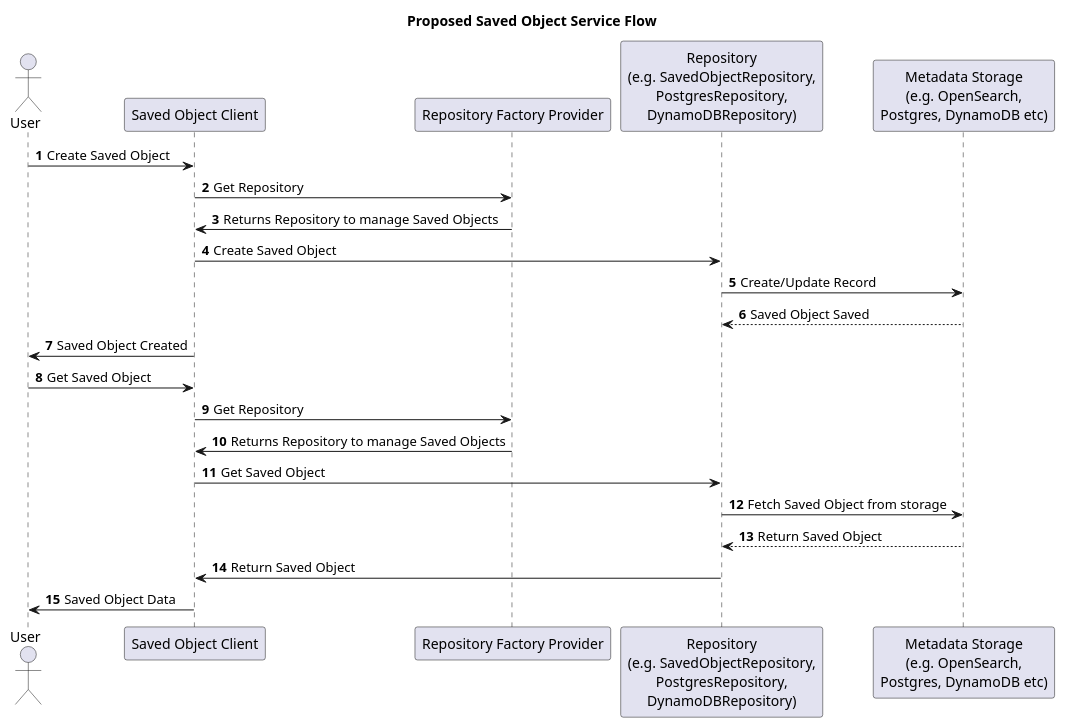
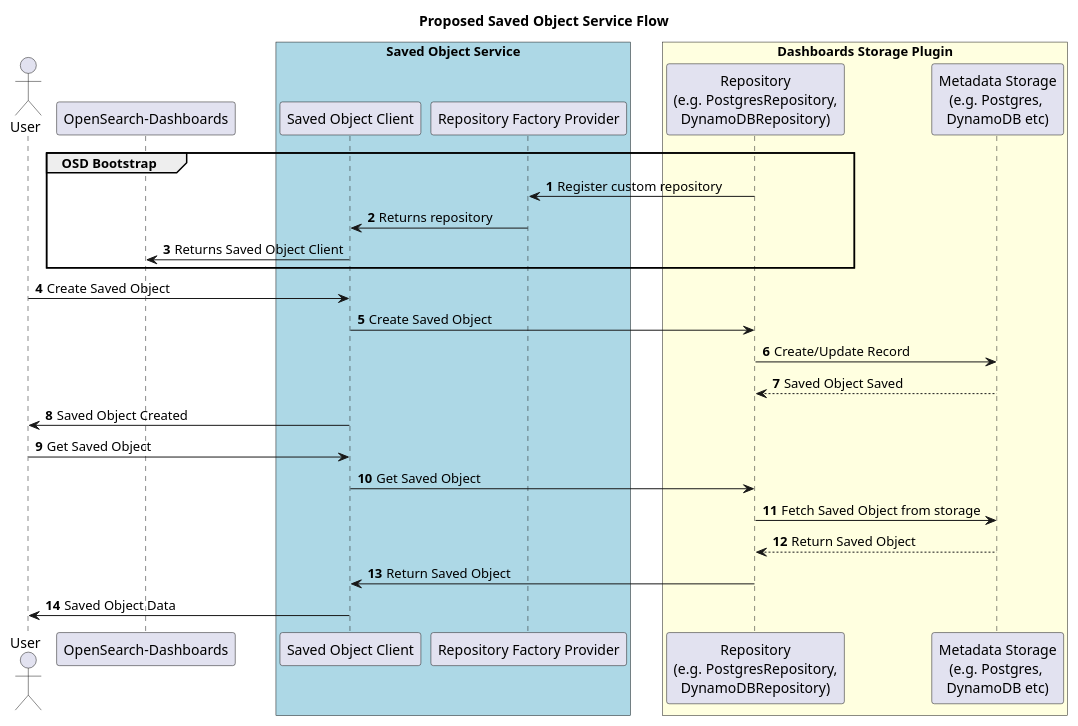
Before and after one commit to opensearch-project/OpenSearch-Dashboards: the diagram in docs/saved_objects/resources/proposed_saved_object_service_workflow.puml, drawn with PlantUML. The commit also changed 2 other files, not shown here.

Commit message:
Change Tittle and modify UML diagram

```diff
--- a/docs/saved_objects/resources/proposed_saved_object_service_workflow.puml
+++ b/docs/saved_objects/resources/proposed_saved_object_service_workflow.puml
@@ -1,25 +1,38 @@
 @startuml
+
 title: Proposed Saved Object Service Flow
+
 actor User
+
+participant "OpenSearch-Dashboards" as OSD
+
+box "Saved Object Service" #LightBlue
 participant "Saved Object Client" as Client
 participant "Repository Factory Provider" as Factory
-participant "Repository\n(e.g. SavedObjectRepository,\nPostgresRepository,\nDynamoDBRepository)" as Repo
-participant "Metadata Storage\n(e.g. OpenSearch,\nPostgres, DynamoDB etc)" as Meta
+end box
+
+box "Dashboards Storage Plugin" #LightYellow
+participant "Repository\n(e.g. PostgresRepository,\nDynamoDBRepository)" as Repo
+participant "Metadata Storage\n(e.g. Postgres, \nDynamoDB etc)" as Meta
+end box
 
 autonumber
+group OSD Bootstrap
+Repo -> Factory: Register custom repository
+Factory -> Client: Returns repository
+Client -> OSD: Returns Saved Object Client
+end group
 User -> Client: Create Saved Object
-Client -> Factory: Get Repository
-Factory -> Client: Returns Repository to manage Saved Objects
 Client -> Repo: Create Saved Object
 Repo -> Meta: Create/Update Record
 Meta --> Repo: Saved Object Saved
 Client -> User: Saved Object Created
 User -> Client: Get Saved Object
-Client -> Factory: Get Repository
-Factory -> Client: Returns Repository to manage Saved Objects
 Client -> Repo: Get Saved Object
 Repo -> Meta: Fetch Saved Object from storage
 Meta --> Repo: Return Saved Object
 Repo -> Client: Return Saved Object
 Client -> User: Saved Object Data
+
+skinparam BoxPadding 15
 @enduml
```
